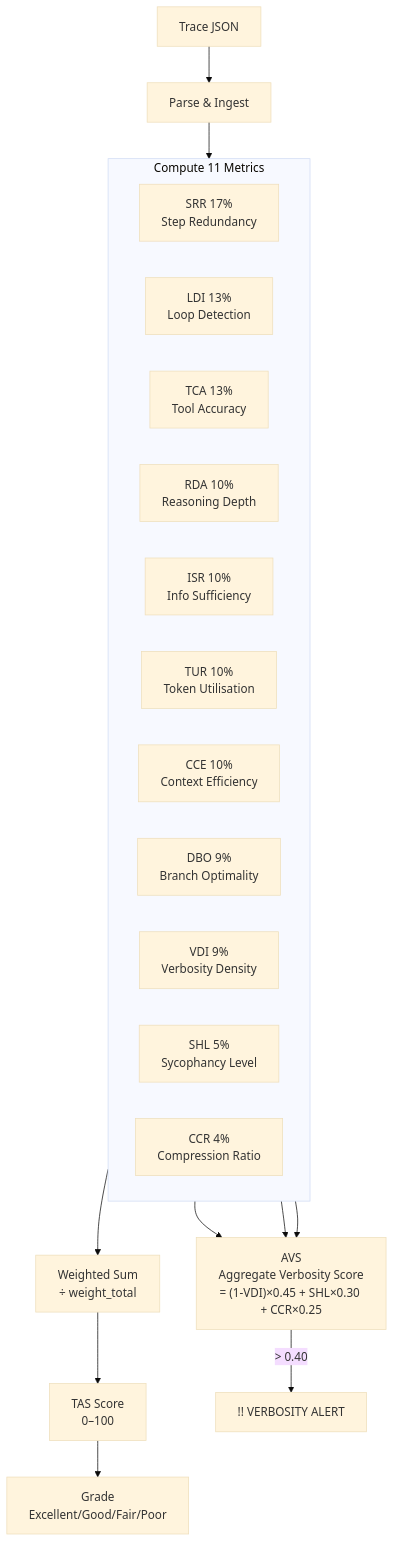
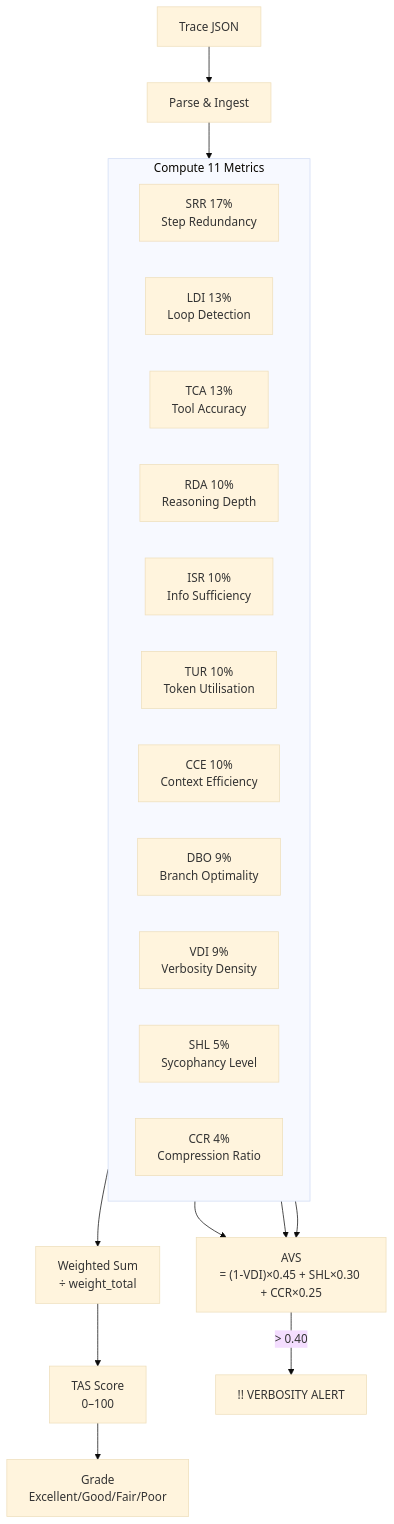
The first of 2 diagrams in README.md (ZulfaqarHafez/TraceRazor), drawn with Mermaid (base theme) before and after one commit. The commit also changed other lines of this file, not shown here.

````diff
--- a/README.md
+++ b/README.md
@@ -121,27 +164,27 @@
 ```mermaid
 flowchart TD
     T[Trace JSON] --> P[Parse & Ingest]
     P --> M[Compute 11 Metrics]
 
     subgraph M[Compute 11 Metrics]
         direction LR
         SRR["SRR 17%\nStep Redundancy"]
         LDI["LDI 13%\nLoop Detection"]
         TCA["TCA 13%\nTool Accuracy"]
         RDA["RDA 10%\nReasoning Depth"]
         ISR["ISR 10%\nInfo Sufficiency"]
         TUR["TUR 10%\nToken Utilisation"]
         CCE["CCE 10%\nContext Efficiency"]
         DBO["DBO 9%\nBranch Optimality"]
         VDI["VDI 9%\nVerbosity Density"]
         SHL["SHL 5%\nSycophancy Level"]
         CCR["CCR 4%\nCompression Ratio"]
     end
 
     M --> W["Weighted Sum\n÷ weight_total"]
     W --> TAS["TAS Score\n0–100"]
     TAS --> G["Grade\nExcellent/Good/Fair/Poor"]
 
-    VDI & SHL & CCR --> AVS["AVS\nAggregate Verbosity Score\n= (1-VDI)×0.45 + SHL×0.30 + CCR×0.25"]
+    VDI & SHL & CCR --> AVS["AVS\n= (1-VDI)×0.45 + SHL×0.30 + CCR×0.25"]
     AVS -->|"> 0.40"| VA["!! VERBOSITY ALERT"]
 ```
````
